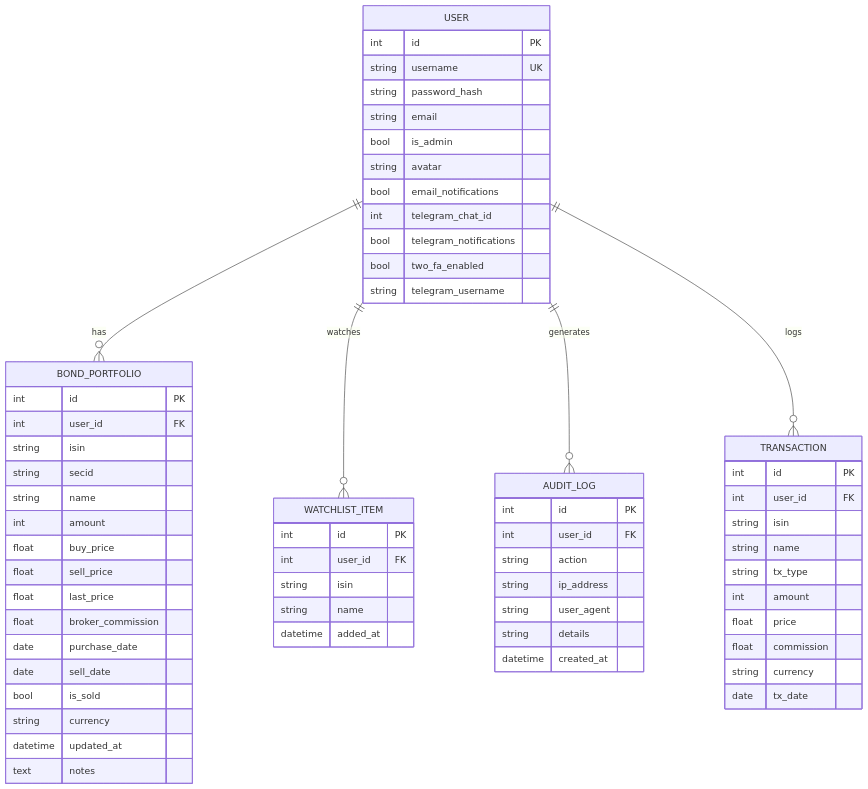
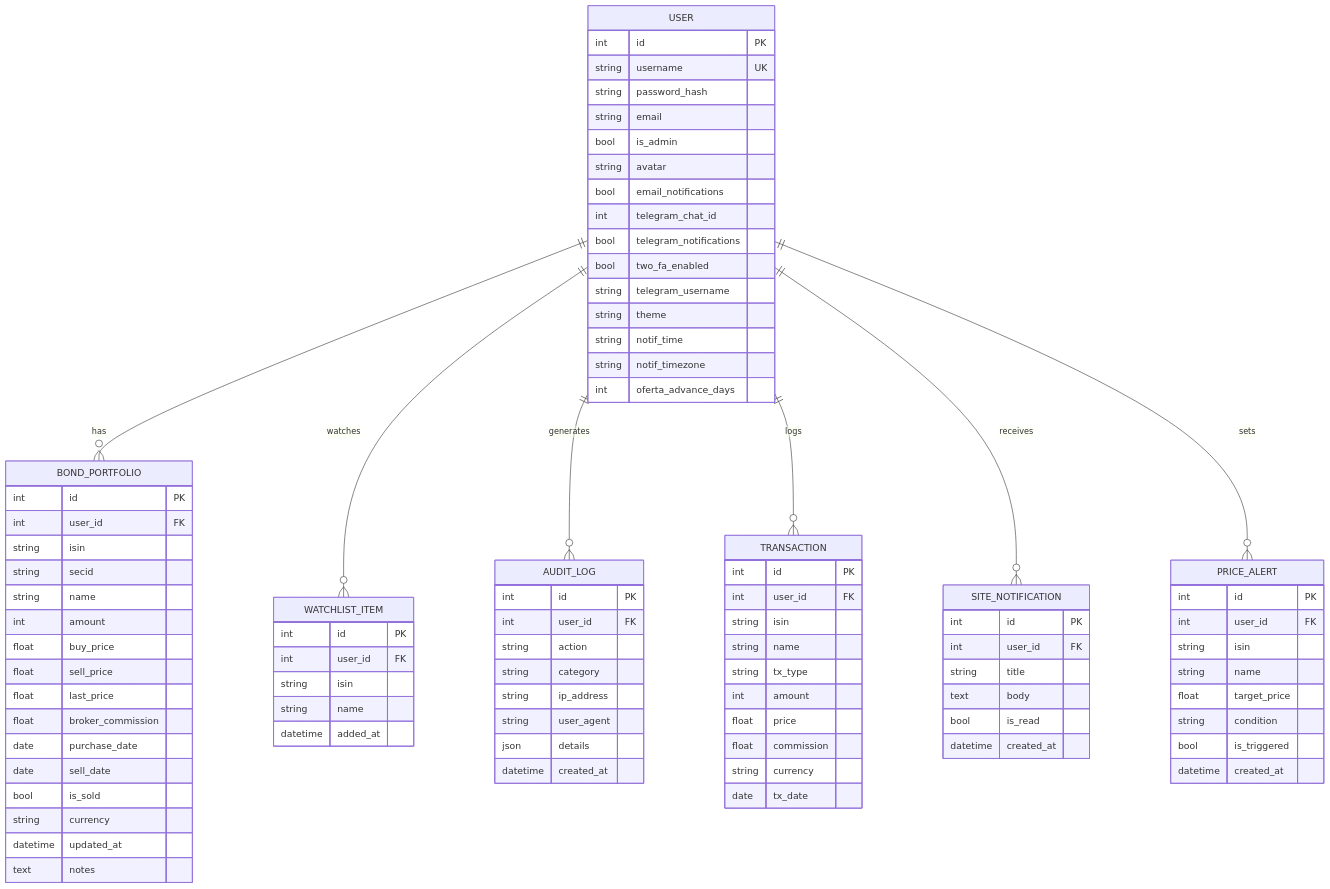
Before and after one commit to Kos5o4ka/my-fintech-app: the third of 6 diagrams in docs/architecture.md, drawn with Mermaid. The commit also changed other lines of this file and 42 other files, not shown here.

````diff
--- a/docs/architecture.md
+++ b/docs/architecture.md
@@ -125,6 +125,10 @@
         bool telegram_notifications
         bool two_fa_enabled
         string telegram_username
+        string theme
+        string notif_time
+        string notif_timezone
+        int oferta_advance_days
     }
 
     BOND_PORTFOLIO {
@@ -158,9 +162,30 @@
         int id PK
         int user_id FK
         string action
+        string category
         string ip_address
         string user_agent
-        string details
+        json details
+        datetime created_at
+    }
+
+    SITE_NOTIFICATION {
+        int id PK
+        int user_id FK
+        string title
+        text body
+        bool is_read
+        datetime created_at
+    }
+
+    PRICE_ALERT {
+        int id PK
+        int user_id FK
+        string isin
+        string name
+        float target_price
+        string condition
+        bool is_triggered
         datetime created_at
     }
 
@@ -181,4 +206,6 @@
     USER ||--o{ WATCHLIST_ITEM : "watches"
     USER ||--o{ AUDIT_LOG : "generates"
     USER ||--o{ TRANSACTION : "logs"
+    USER ||--o{ SITE_NOTIFICATION : "receives"
+    USER ||--o{ PRICE_ALERT : "sets"
 ```
````
